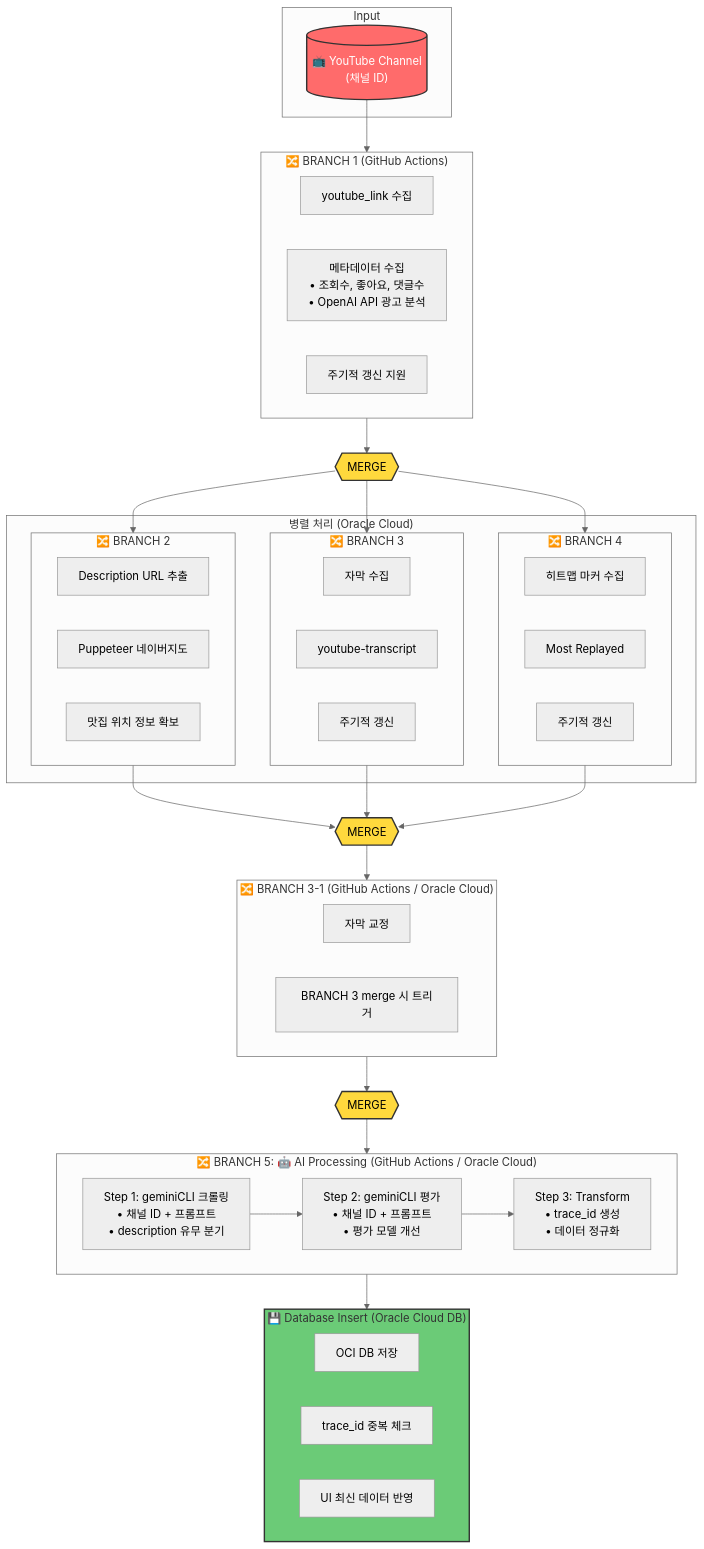
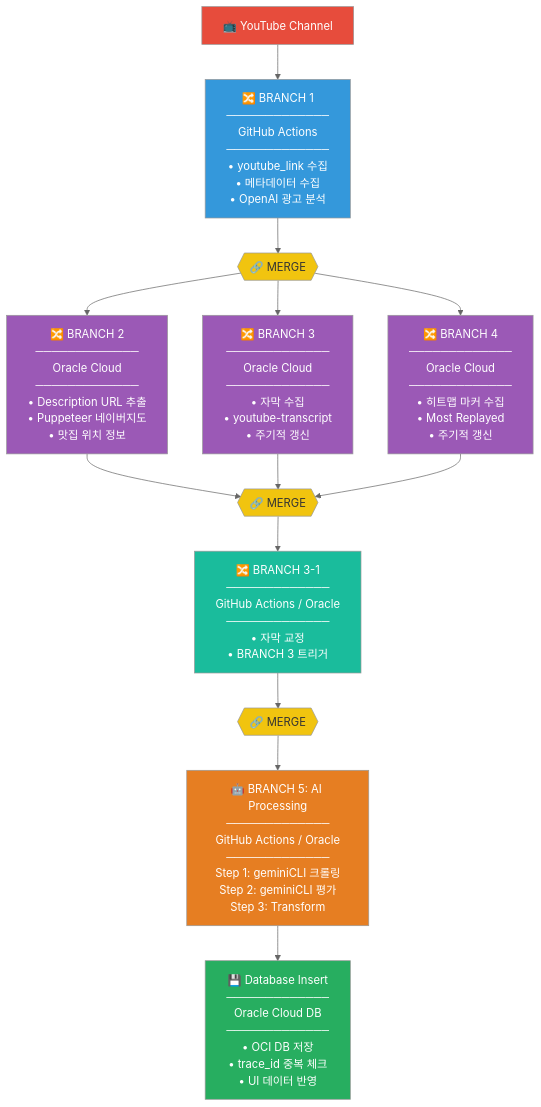
One commit to twoimo/tzudong changed the diagram in backend/tzudong_pipeline_v2.0/README.md. Above: the diagram before and after it, drawn with Mermaid (neutral theme).

Commit message:
UPDATE: Simplify and enhance the pipeline flow diagram in README.md for better readability and organization, incorporating clearer labels and improved styling.

````diff
--- a/backend/tzudong_pipeline_v2.0/README.md
+++ b/backend/tzudong_pipeline_v2.0/README.md
@@ -108,69 +108,45 @@
 ```mermaid
 flowchart TD
-    subgraph Input
-        YT[("📺 YouTube Channel<br/>(채널 ID)")]
-    end
+    YT["📺 YouTube Channel"]
+    
+    B1["🔀 BRANCH 1<br/>─────────────<br/>GitHub Actions<br/>─────────────<br/>• youtube_link 수집<br/>• 메타데이터 수집<br/>• OpenAI 광고 분석"]
+    
+    M1{{"🔗 MERGE"}}
+    
+    B2["🔀 BRANCH 2<br/>─────────────<br/>Oracle Cloud<br/>─────────────<br/>• Description URL 추출<br/>• Puppeteer 네이버지도<br/>• 맛집 위치 정보"]
+    
+    B3["🔀 BRANCH 3<br/>─────────────<br/>Oracle Cloud<br/>─────────────<br/>• 자막 수집<br/>• youtube-transcript<br/>• 주기적 갱신"]
+    
+    B4["🔀 BRANCH 4<br/>─────────────<br/>Oracle Cloud<br/>─────────────<br/>• 히트맵 마커 수집<br/>• Most Replayed<br/>• 주기적 갱신"]
+    
+    M2{{"🔗 MERGE"}}
+    
+    B3_1["🔀 BRANCH 3-1<br/>─────────────<br/>GitHub Actions / Oracle<br/>─────────────<br/>• 자막 교정<br/>• BRANCH 3 트리거"]
+    
+    M3{{"🔗 MERGE"}}
+    
+    B5["🤖 BRANCH 5: AI Processing<br/>─────────────<br/>GitHub Actions / Oracle<br/>─────────────<br/>Step 1: geminiCLI 크롤링<br/>Step 2: geminiCLI 평가<br/>Step 3: Transform"]
+    
+    DB["💾 Database Insert<br/>─────────────<br/>Oracle Cloud DB<br/>─────────────<br/>• OCI DB 저장<br/>• trace_id 중복 체크<br/>• UI 데이터 반영"]
 
-    subgraph BRANCH1["🔀 BRANCH 1 (GitHub Actions)"]
-        B1_1["youtube_link 수집"]
-        B1_2["메타데이터 수집<br/>• 조회수, 좋아요, 댓글수<br/>• OpenAI API 광고 분석"]
-        B1_3["주기적 갱신 지원"]
-    end
+    YT --> B1
+    B1 --> M1
+    M1 --> B2 & B3 & B4
+    B2 & B3 & B4 --> M2
+    M2 --> B3_1
+    B3_1 --> M3
+    M3 --> B5
+    B5 --> DB
 
-    subgraph Parallel["병렬 처리 (Oracle Cloud)"]
-        subgraph BRANCH2["🔀 BRANCH 2"]
-            B2_1["Description URL 추출"]
-            B2_2["Puppeteer 네이버지도"]
-            B2_3["맛집 위치 정보 확보"]
-        end
-
-        subgraph BRANCH3["🔀 BRANCH 3"]
-            B3_1["자막 수집"]
-            B3_2["youtube-transcript"]
-            B3_3["주기적 갱신"]
-        end
-
-        subgraph BRANCH4["🔀 BRANCH 4"]
-            B4_1["히트맵 마커 수집"]
-            B4_2["Most Replayed"]
-            B4_3["주기적 갱신"]
-        end
-    end
-
-    subgraph BRANCH3_1["🔀 BRANCH 3-1 (GitHub Actions / Oracle Cloud)"]
-        B3_1_1["자막 교정"]
-        B3_1_2["BRANCH 3 merge 시 트리거"]
-    end
-
-    subgraph BRANCH5["🔀 BRANCH 5: 🤖 AI Processing (GitHub Actions / Oracle Cloud)"]
-        B5_1["Step 1: geminiCLI 크롤링<br/>• 채널 ID + 프롬프트<br/>• description 유무 분기"]
-        B5_2["Step 2: geminiCLI 평가<br/>• 채널 ID + 프롬프트<br/>• 평가 모델 개선"]
-        B5_3["Step 3: Transform<br/>• trace_id 생성<br/>• 데이터 정규화"]
-    end
-
-    subgraph Output["💾 Database Insert (Oracle Cloud DB)"]
-        DB1["OCI DB 저장"]
-        DB2["trace_id 중복 체크"]
-        DB3["UI 최신 데이터 반영"]
-    end
-
-    YT --> BRANCH1
-    BRANCH1 --> M1{{"MERGE"}}
-    M1 --> BRANCH2
-    M1 --> BRANCH3
-    M1 --> BRANCH4
-    BRANCH2 --> M2{{"MERGE"}}
-    BRANCH3 --> M2
-    BRANCH4 --> M2
-    M2 --> BRANCH3_1
-    BRANCH3_1 --> M3{{"MERGE"}}
-    M3 --> BRANCH5
-    B5_1 --> B5_2 --> B5_3
-    BRANCH5 --> Output
-
-    style YT fill:#ff6b6b,stroke:#333,stroke-width:2px,color:#fff
-    style M1 fill:#ffd93d,stroke:#333,stroke-width:2px
-    style M2 fill:#ffd93d,stroke:#333,stroke-width:2px
-    style M3 fill:#ffd93d,stroke:#333,stroke-width:2px
-    style Output fill:#6bcb77,stroke:#333,stroke-width:2px
+    style YT fill:#e74c3c,color:#fff
+    style B1 fill:#3498db,color:#fff
+    style B2 fill:#9b59b6,color:#fff
+    style B3 fill:#9b59b6,color:#fff
+    style B4 fill:#9b59b6,color:#fff
+    style B3_1 fill:#1abc9c,color:#fff
+    style B5 fill:#e67e22,color:#fff
+    style DB fill:#27ae60,color:#fff
+    style M1 fill:#f1c40f,color:#333
+    style M2 fill:#f1c40f,color:#333
+    style M3 fill:#f1c40f,color:#333
 ```
````
